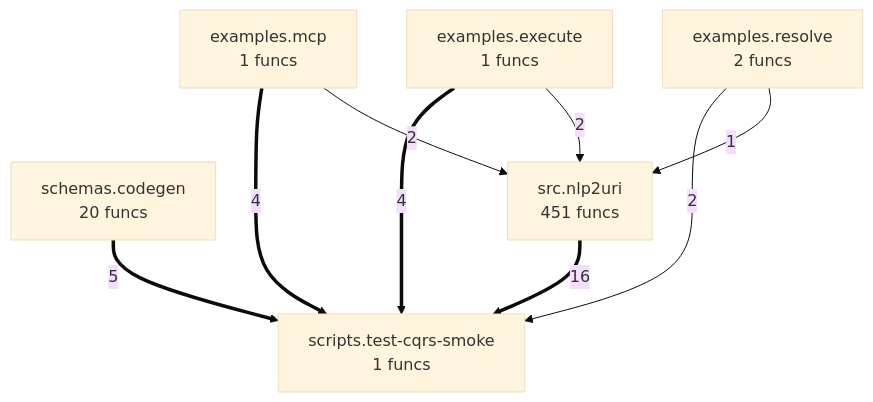
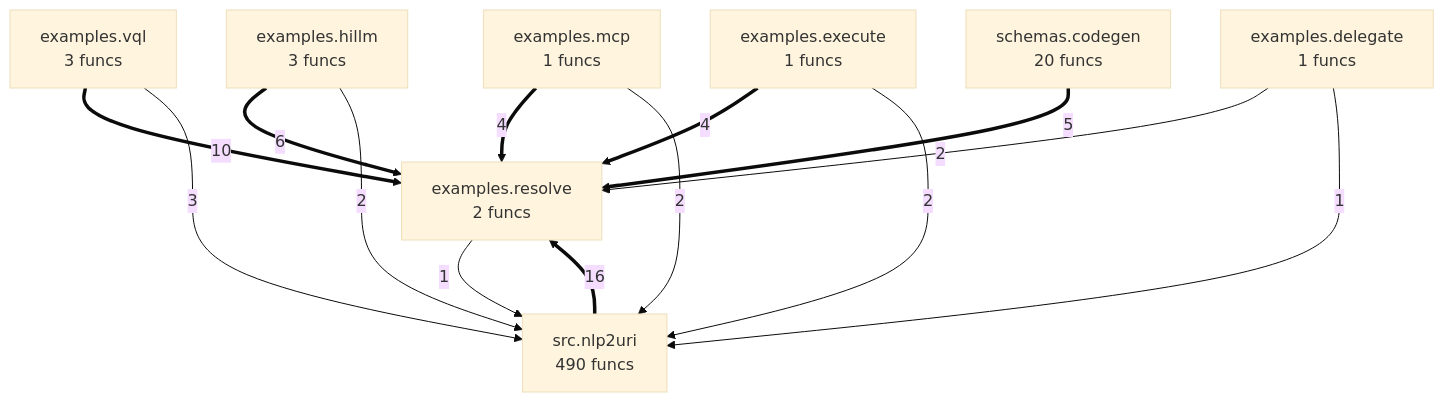
One commit to autogrammar/nlp2uri changed the diagram in project/compact_flow.mmd. Above: the diagram before and after it, drawn with Mermaid (base theme). The commit also changed 44 other files, not shown here.

```diff
--- a/project/compact_flow.mmd
+++ b/project/compact_flow.mmd
@@ -1,16 +1,23 @@
 flowchart TD
-%% generated in 0.02s
+%% generated in 0.04s
+    examples__delegate["examples.delegate<br/>1 funcs"]
     examples__execute["examples.execute<br/>1 funcs"]
+    examples__hillm["examples.hillm<br/>3 funcs"]
     examples__mcp["examples.mcp<br/>1 funcs"]
     examples__resolve["examples.resolve<br/>2 funcs"]
+    examples__vql["examples.vql<br/>3 funcs"]
     schemas__codegen["schemas.codegen<br/>20 funcs"]
-    scripts__test_cqrs_smoke["scripts.test-cqrs-smoke<br/>1 funcs"]
-    src__nlp2uri["src.nlp2uri<br/>451 funcs"]
-    src__nlp2uri ==>|16| scripts__test_cqrs_smoke
-    schemas__codegen ==>|5| scripts__test_cqrs_smoke
-    examples__mcp ==>|4| scripts__test_cqrs_smoke
-    examples__execute ==>|4| scripts__test_cqrs_smoke
+    src__nlp2uri["src.nlp2uri<br/>490 funcs"]
+    src__nlp2uri ==>|16| examples__resolve
+    examples__vql ==>|10| examples__resolve
+    examples__hillm ==>|6| examples__resolve
+    schemas__codegen ==>|5| examples__resolve
+    examples__mcp ==>|4| examples__resolve
+    examples__execute ==>|4| examples__resolve
+    examples__vql -->|3| src__nlp2uri
     examples__mcp -->|2| src__nlp2uri
     examples__execute -->|2| src__nlp2uri
-    examples__resolve -->|2| scripts__test_cqrs_smoke
+    examples__delegate -->|2| examples__resolve
+    examples__hillm -->|2| src__nlp2uri
     examples__resolve -->|1| src__nlp2uri
+    examples__delegate -->|1| src__nlp2uri
```
